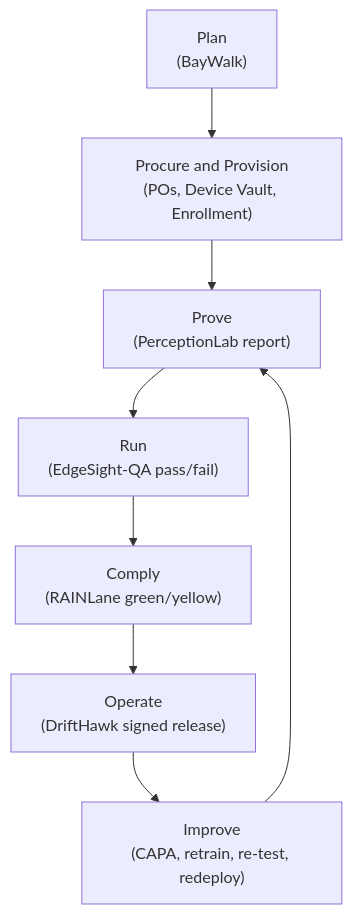
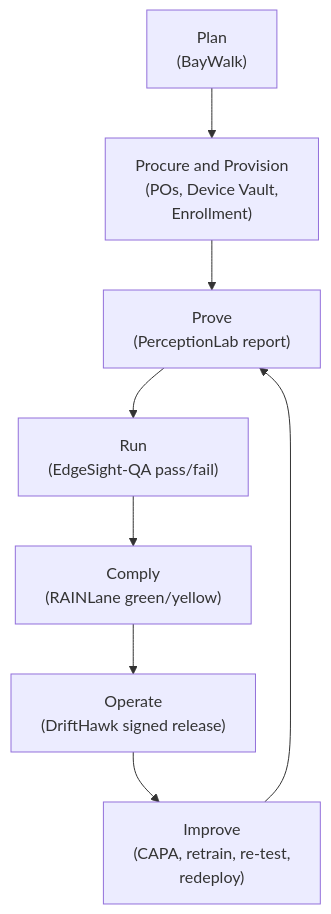
The first of 2 diagrams in README.md (aurelius-in/OPERAIN), drawn with Mermaid before and after one commit.

````diff
--- a/README.md
+++ b/README.md
@@ -167,12 +167,12 @@
 ```mermaid
 flowchart TB
-  A["Plan<br/>(BayWalk)"] --> B["Procure and Provision<br/>(POs, Device Vault, Enrollment)"]
+  A["Plan<br/>(BayWalk)"] --> B["Procure and Provision<br/>(POs, Device Vault,<br/>Enrollment)"]
   B --> C["Prove<br/>(PerceptionLab report)"]
   C --> D["Run<br/>(EdgeSight-QA pass/fail)"]
   D --> E["Comply<br/>(RAINLane green/yellow)"]
   E --> F["Operate<br/>(DriftHawk signed release)"]
-  F --> G["Improve<br/>(CAPA, retrain, re-test, redeploy)"]
+  F --> G["Improve<br/>(CAPA, retrain, re-test,<br/>redeploy)"]
   G --> C
 
 
 ```
````
